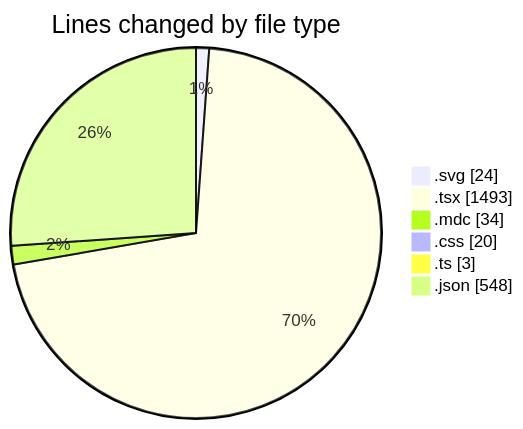
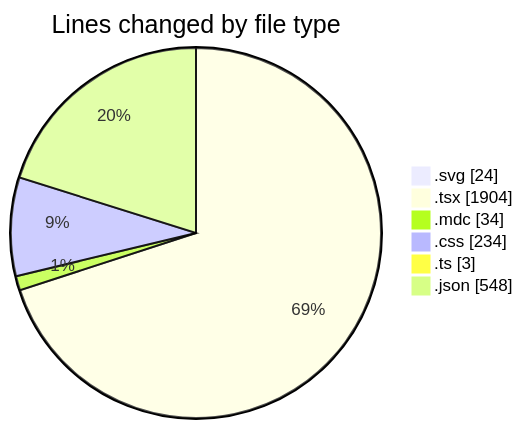
The first of 2 diagrams in 2025-07-18/ribbon/README.md (EIIisD/code-tracking), drawn with Mermaid before and after one commit. The commit also changed other lines of this file and 1 other file, not shown here.

````diff
--- a/2025-07-18/ribbon/README.md
+++ b/2025-07-18/ribbon/README.md
@@ -27,10 +29,10 @@
 ```mermaid
 pie showData
 title Lines changed by file type
 ".svg" : 24
-".tsx" : 1493
+".tsx" : 1904
 ".mdc" : 34
-".css" : 20
+".css" : 234
 ".ts" : 3
 ".json" : 548
 ```
````
